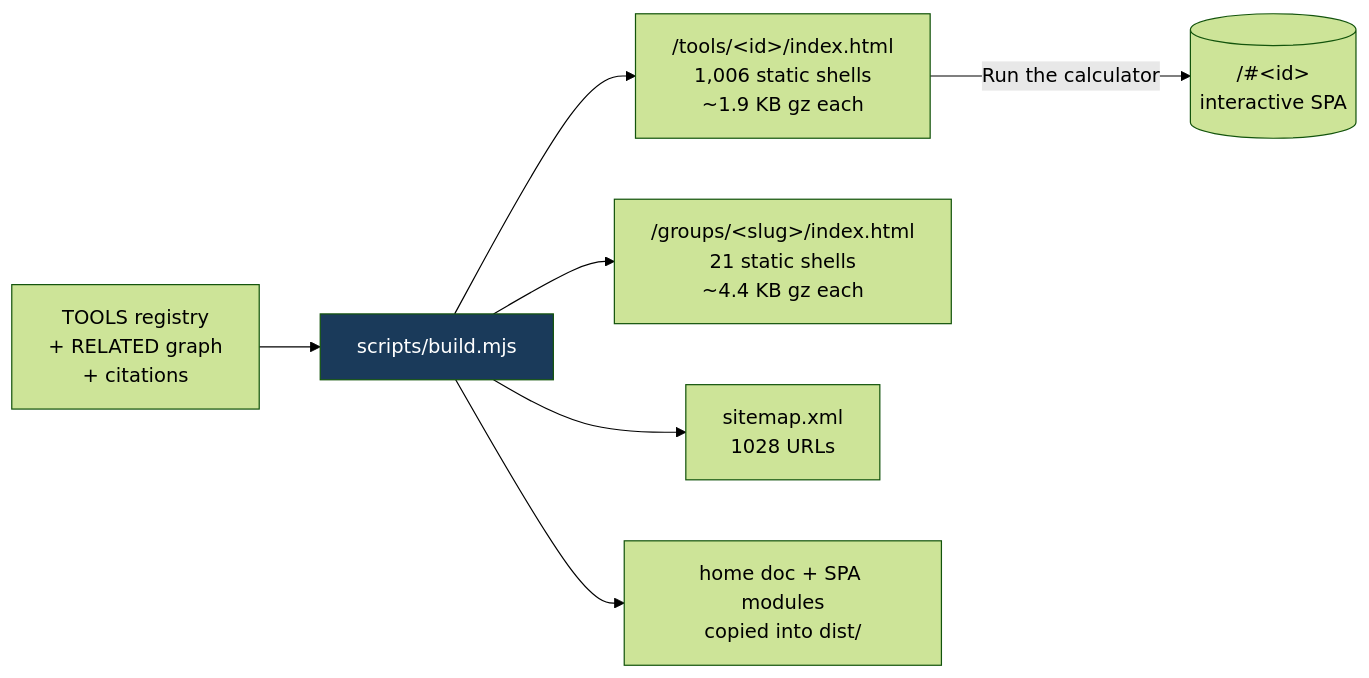
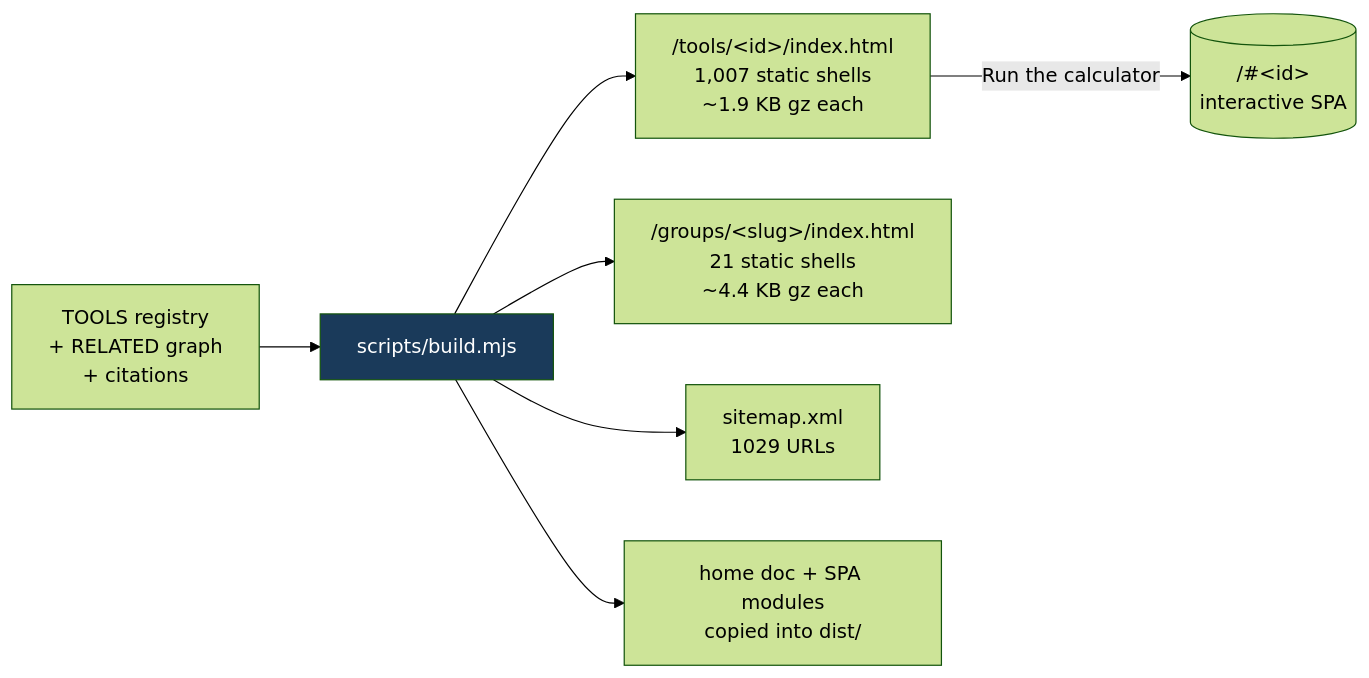
The fifth of 8 diagrams in README.md (clay-good/roughlogic.com), drawn with Mermaid (forest theme) before and after one commit. The commit also changed other lines of this file and 12 other files, not shown here.

````diff
--- a/README.md
+++ b/README.md
@@ -495,10 +495,10 @@
 ```mermaid
 flowchart LR
     SRC[TOOLS registry\n+ RELATED graph\n+ citations] --> BUILD[scripts/build.mjs]
-    BUILD --> TILE["/tools/&lt;id&gt;/index.html\n1,006 static shells\n~1.9 KB gz each"]
+    BUILD --> TILE["/tools/&lt;id&gt;/index.html\n1,007 static shells\n~1.9 KB gz each"]
     BUILD --> GROUP["/groups/&lt;slug&gt;/index.html\n21 static shells\n~4.4 KB gz each"]
-    BUILD --> MAP["sitemap.xml\n1028 URLs"]
+    BUILD --> MAP["sitemap.xml\n1029 URLs"]
     BUILD --> COPY[home doc + SPA modules\ncopied into dist/]
     TILE -->|Run the calculator| SPA[("/#&lt;id&gt;\ninteractive SPA")]
     style BUILD fill:#1a3a5a,color:#fff
 ```
````
